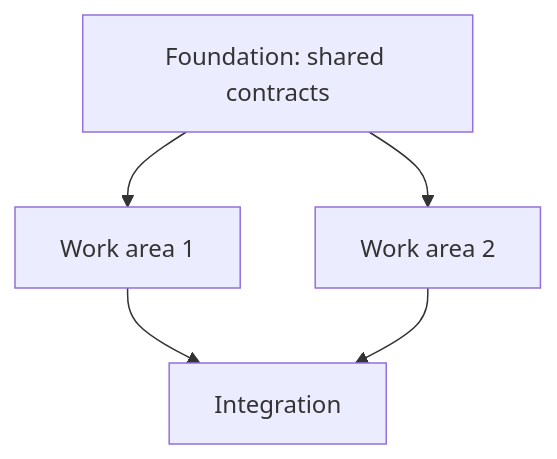
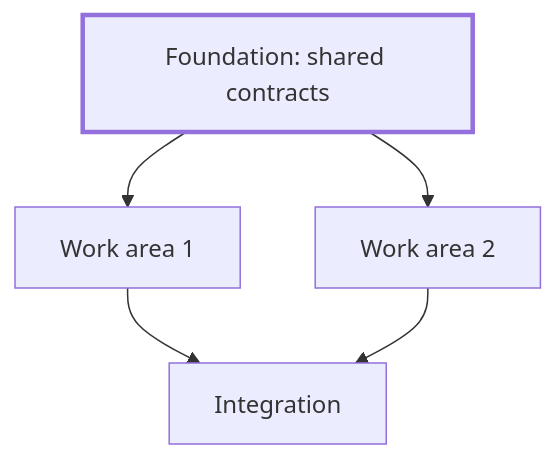
Before and after one commit to Isaiahriveraa/agent-workflow: the diagram in skills/to-plan/SKILL.md, drawn with Mermaid. The commit also changed other lines of this file and 32 other files, not shown here.

````diff
--- a/skills/to-plan/SKILL.md
+++ b/skills/to-plan/SKILL.md
@@ -154,7 +154,8 @@
 ```mermaid
 graph TD
-    A[Foundation: shared contracts] --> B[Work area 1]
+    A[Foundation: shared contracts]:::critical --> B[Work area 1]
     A --> C[Work area 2]
     B --> D[Integration]
     C --> D
+    classDef critical stroke-width:3px
 ```
````
